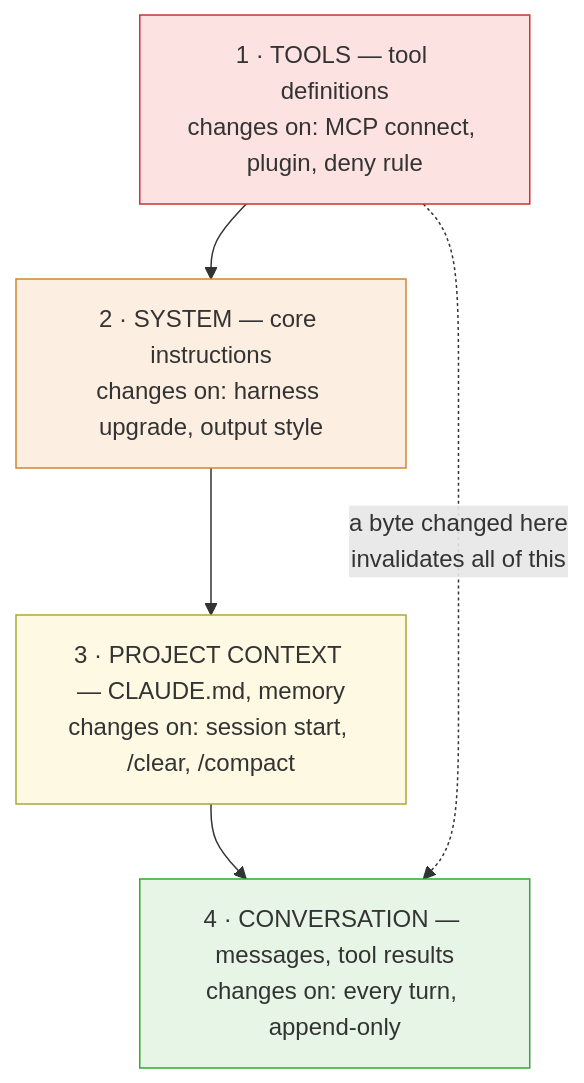
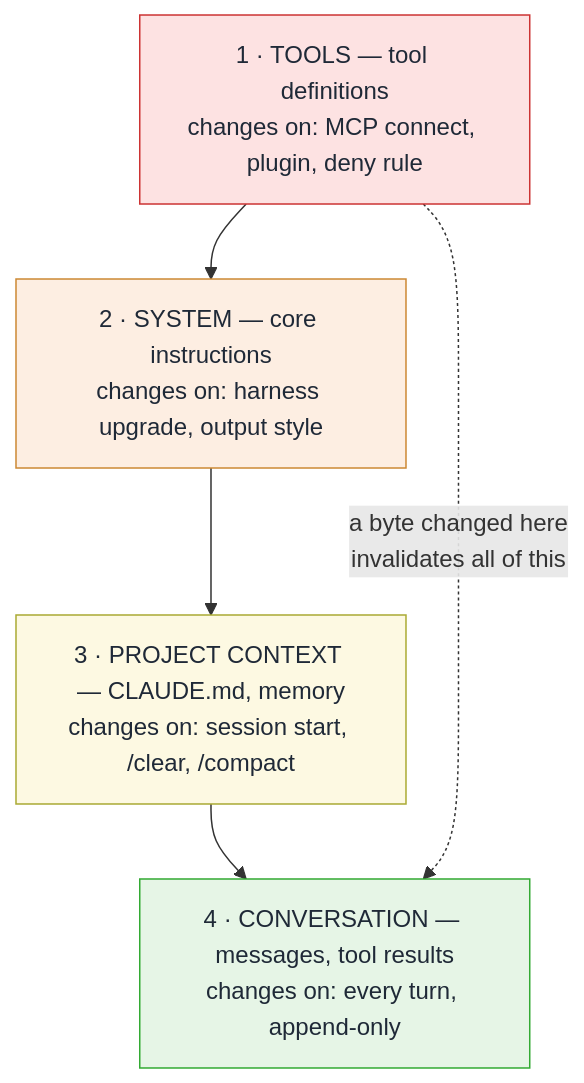
Before and after one commit to albertocavalcante/harness-economics: the diagram in README.md, drawn with Mermaid. The commit also changed other lines of this file and 3 other files, not shown here.

````diff
--- a/README.md
+++ b/README.md
@@ -23,14 +23,14 @@
 ```mermaid
 flowchart TD
     A["1 · TOOLS — tool definitions<br/>changes on: MCP connect, plugin, deny rule"]
     B["2 · SYSTEM — core instructions<br/>changes on: harness upgrade, output style"]
     C["3 · PROJECT CONTEXT — CLAUDE.md, memory<br/>changes on: session start, /clear, /compact"]
     D["4 · CONVERSATION — messages, tool results<br/>changes on: every turn, append-only"]
     A --> B --> C --> D
     A -. "a byte changed here<br/>invalidates all of this" .-> D
 
-    style A fill:#fde2e2,stroke:#c33
-    style B fill:#fdeee2,stroke:#c83
-    style C fill:#fdf9e2,stroke:#aa3
-    style D fill:#e6f5e6,stroke:#3a3
+    style A fill:#fde2e2,stroke:#c33,color:#1f2937
+    style B fill:#fdeee2,stroke:#c83,color:#1f2937
+    style C fill:#fdf9e2,stroke:#aa3,color:#1f2937
+    style D fill:#e6f5e6,stroke:#3a3,color:#1f2937
 ```
````
